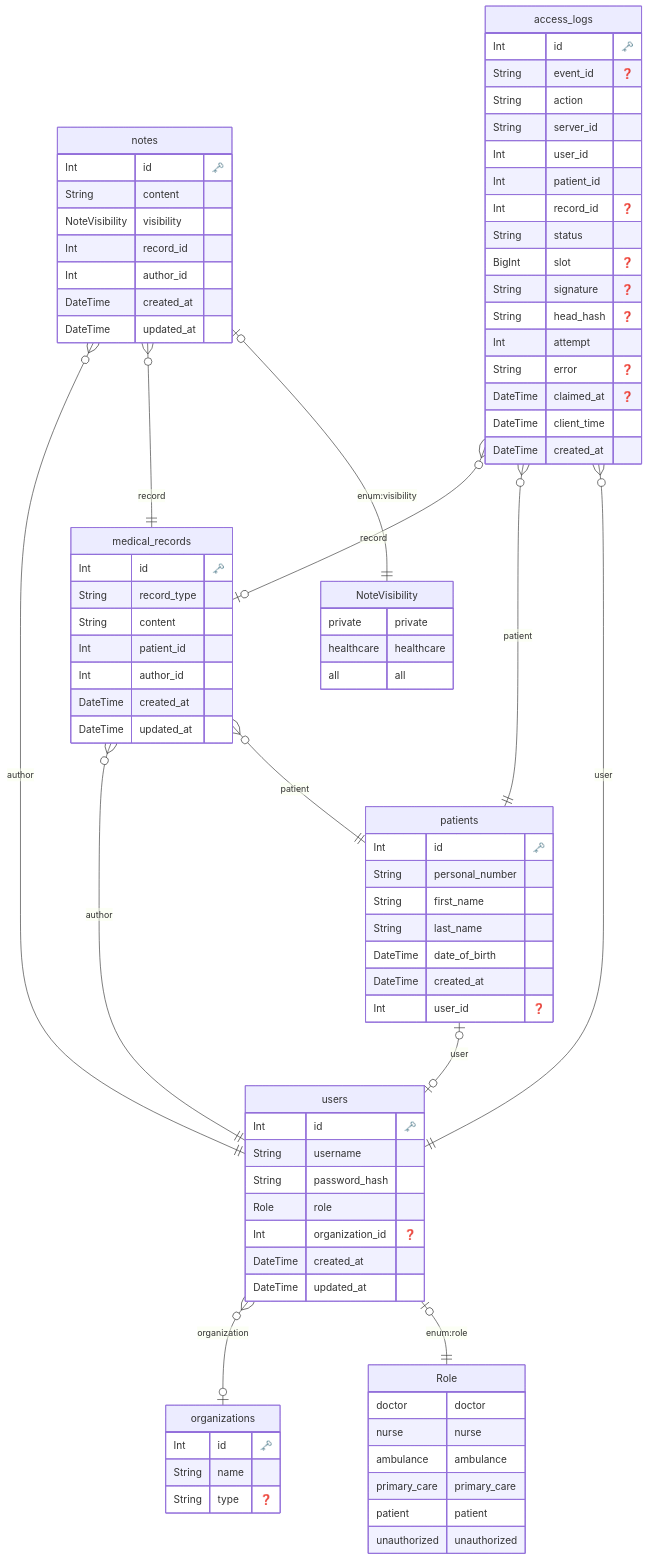
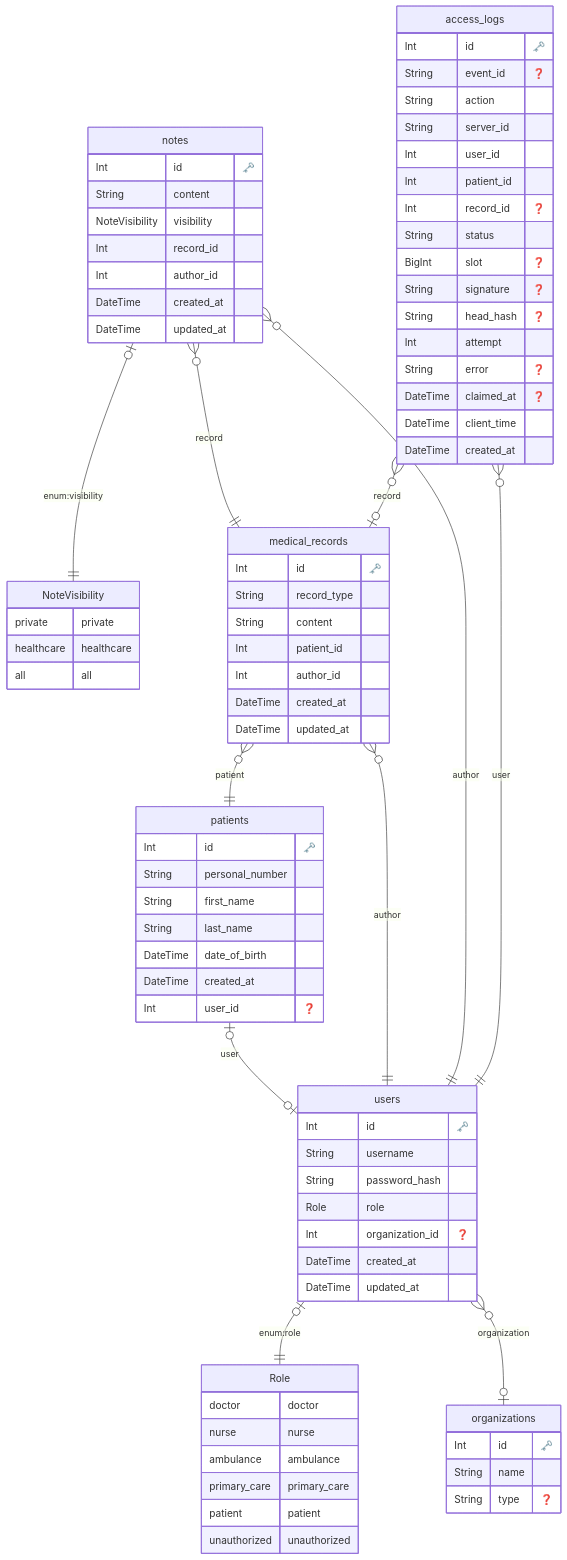
One commit to matdevstamp/healthaccess-solana changed the diagram in docs/diagrams/data-model.md. Above: the diagram before and after it, drawn with Mermaid. The commit also changed 2 other files, not shown here.

Commit message:
fix(prisma): drop the AccessLog -> Patient foreign key
GET /api/patients/999 records a view_not_found event. There is no Patient
row 999, so the insert violated the FK, the write threw, and the 404 came
back as a 500.

The entry for "someone looked for a patient that does not exist" is
precisely the one you least want suppressed by the absence of its subject,
so patient_id becomes a plain integer. patient_id stays NOT NULL: every
event knows the id that was asked about, it just is not required to
correspond to a row.

The same reasoning covers Patient deletion — an audit trail that can lose
rows when a referenced record is removed is not an audit trail.

````diff
--- a/docs/diagrams/data-model.md
+++ b/docs/diagrams/data-model.md
@@ -97,6 +97,5 @@
     "notes" }o--|| "medical_records" : "record"
     "notes" }o--|| "users" : "author"
     "access_logs" }o--|| "users" : "user"
-    "access_logs" }o--|| "patients" : "patient"
     "access_logs" }o--|o "medical_records" : "record"
 ```
````
